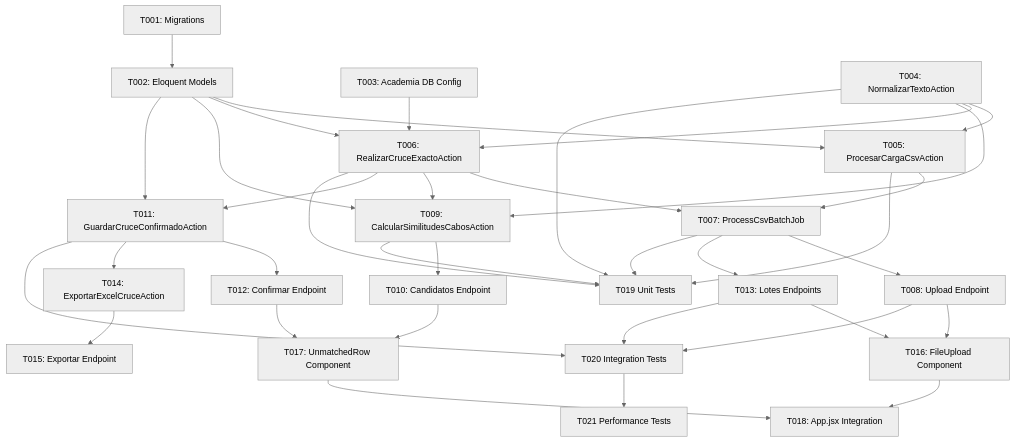
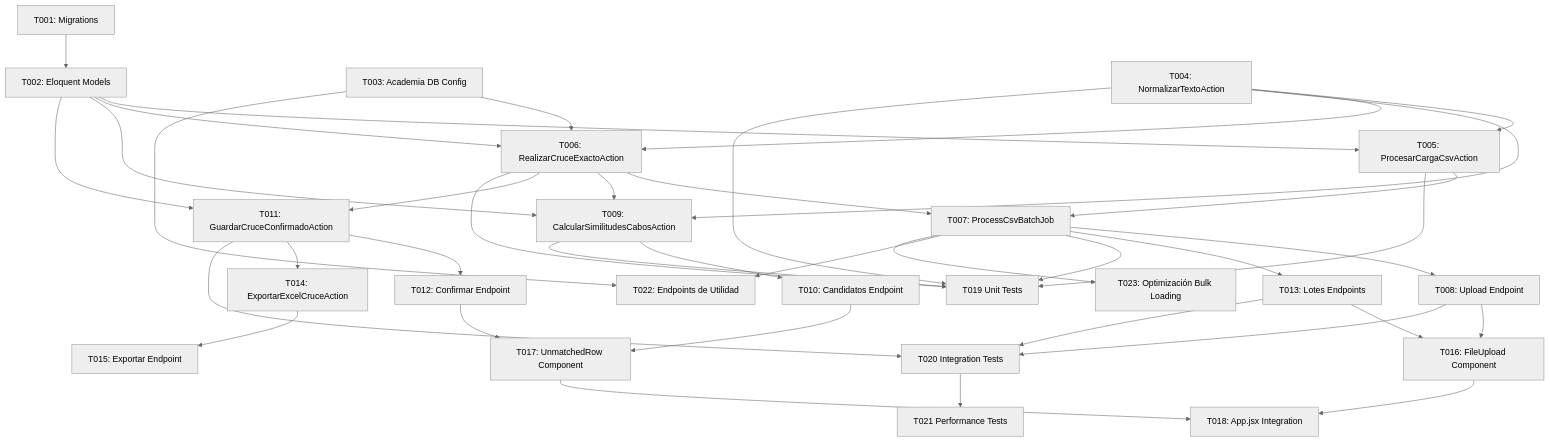
The diagram in .specify/specs/001-motor-cruce-ingresantes/tasks.md (renzo971/proyectovonex), drawn with Mermaid (neutral theme) before and after one commit. The commit also changed other lines of this file and 4 other files, not shown here.

````diff
--- a/.specify/specs/001-motor-cruce-ingresantes/tasks.md
+++ b/.specify/specs/001-motor-cruce-ingresantes/tasks.md
@@ -688,39 +688,42 @@
 ```mermaid
 graph TD
     T001[T001: Migrations] --> T002[T002: Eloquent Models]
     T003[T003: Academia DB Config]
     T004[T004: NormalizarTextoAction]
     T002 --> T005[T005: ProcesarCargaCsvAction]
     T004 --> T005
     T003 --> T006[T006: RealizarCruceExactoAction]
     T002 --> T006
     T004 --> T006
     T005 --> T007[T007: ProcessCsvBatchJob]
     T006 --> T007
     T007 --> T008[T008: Upload Endpoint]
     T002 --> T009[T009: CalcularSimilitudesCabosAction]
     T004 --> T009
     T006 --> T009
     T009 --> T010[T010: Candidatos Endpoint]
     T002 --> T011[T011: GuardarCruceConfirmadoAction]
     T006 --> T011
     T011 --> T012[T012: Confirmar Endpoint]
     T007 --> T013[T013: Lotes Endpoints]
     T011 --> T014[T014: ExportarExcelCruceAction]
     T014 --> T015[T015: Exportar Endpoint]
     T008 --> T016[T016: FileUpload Component]
     T013 --> T016
     T010 --> T017[T017: UnmatchedRow Component]
     T012 --> T017
     T016 --> T018[T018: App.jsx Integration]
     T017 --> T018
     T004 --> T019[T019 Unit Tests]
     T005 --> T019
     T006 --> T019
     T007 --> T019
     T009 --> T019
     T008 --> T020[T020 Integration Tests]
     T011 --> T020
     T013 --> T020
     T020 --> T021[T021 Performance Tests]
+    T007 --> T022[T022: Endpoints de Utilidad]
+    T003 --> T022
+    T007 --> T023[T023: Optimización Bulk Loading]
 ```
````
